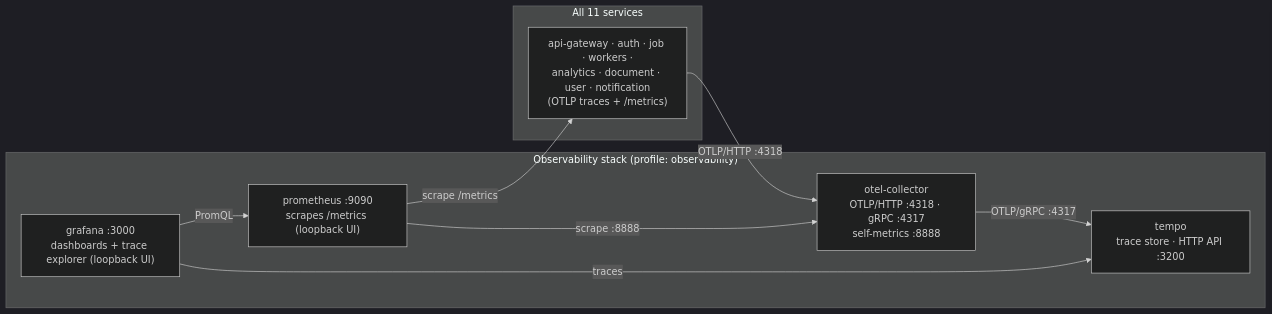
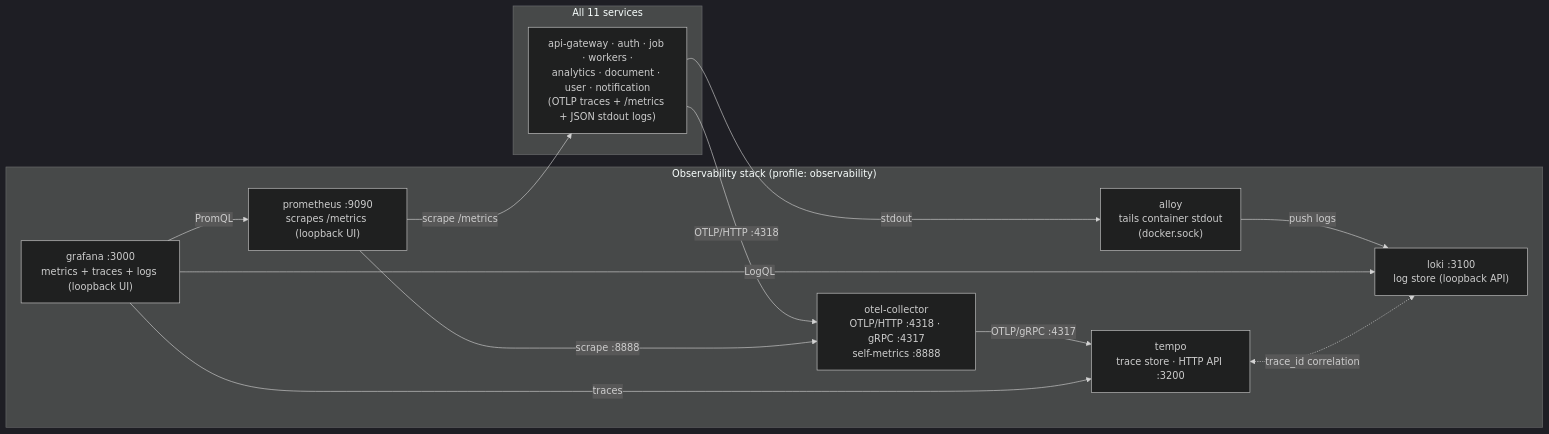
One commit to Prachidubey2003/fyredocs_backend changed the second of 6 diagrams in docs/developer/mermaid/system-overview.md. Above: the diagram before and after it, drawn with Mermaid (dark theme). The commit also changed other lines of this file and 46 other files, not shown here.

````diff
--- a/docs/developer/mermaid/system-overview.md
+++ b/docs/developer/mermaid/system-overview.md
@@ -124,20 +128,26 @@
 ```mermaid
 graph LR
     subgraph Services["All 11 services"]
-        SVC["api-gateway · auth · job · workers ·<br/>analytics · document · user · notification<br/>(OTLP traces + /metrics)"]
+        SVC["api-gateway · auth · job · workers ·<br/>analytics · document · user · notification<br/>(OTLP traces + /metrics + JSON stdout logs)"]
     end
 
     subgraph Obs["Observability stack (profile: observability)"]
         COL["otel-collector<br/>OTLP/HTTP :4318 · gRPC :4317<br/>self-metrics :8888"]
         TEMPO["tempo<br/>trace store · HTTP API :3200"]
         PROM["prometheus :9090<br/>scrapes /metrics (loopback UI)"]
-        GRAF["grafana :3000<br/>dashboards + trace explorer (loopback UI)"]
+        ALLOY["alloy<br/>tails container stdout<br/>(docker.sock)"]
+        LOKI["loki :3100<br/>log store (loopback API)"]
+        GRAF["grafana :3000<br/>metrics + traces + logs (loopback UI)"]
     end
 
     SVC -->|OTLP/HTTP :4318| COL
     COL -->|OTLP/gRPC :4317| TEMPO
     PROM -->|scrape /metrics| SVC
     PROM -->|scrape :8888| COL
+    SVC -->|stdout| ALLOY
+    ALLOY -->|push logs| LOKI
     GRAF -->|PromQL| PROM
     GRAF -->|traces| TEMPO
+    GRAF -->|LogQL| LOKI
+    TEMPO <-.->|trace_id correlation| LOKI
 ```
````
